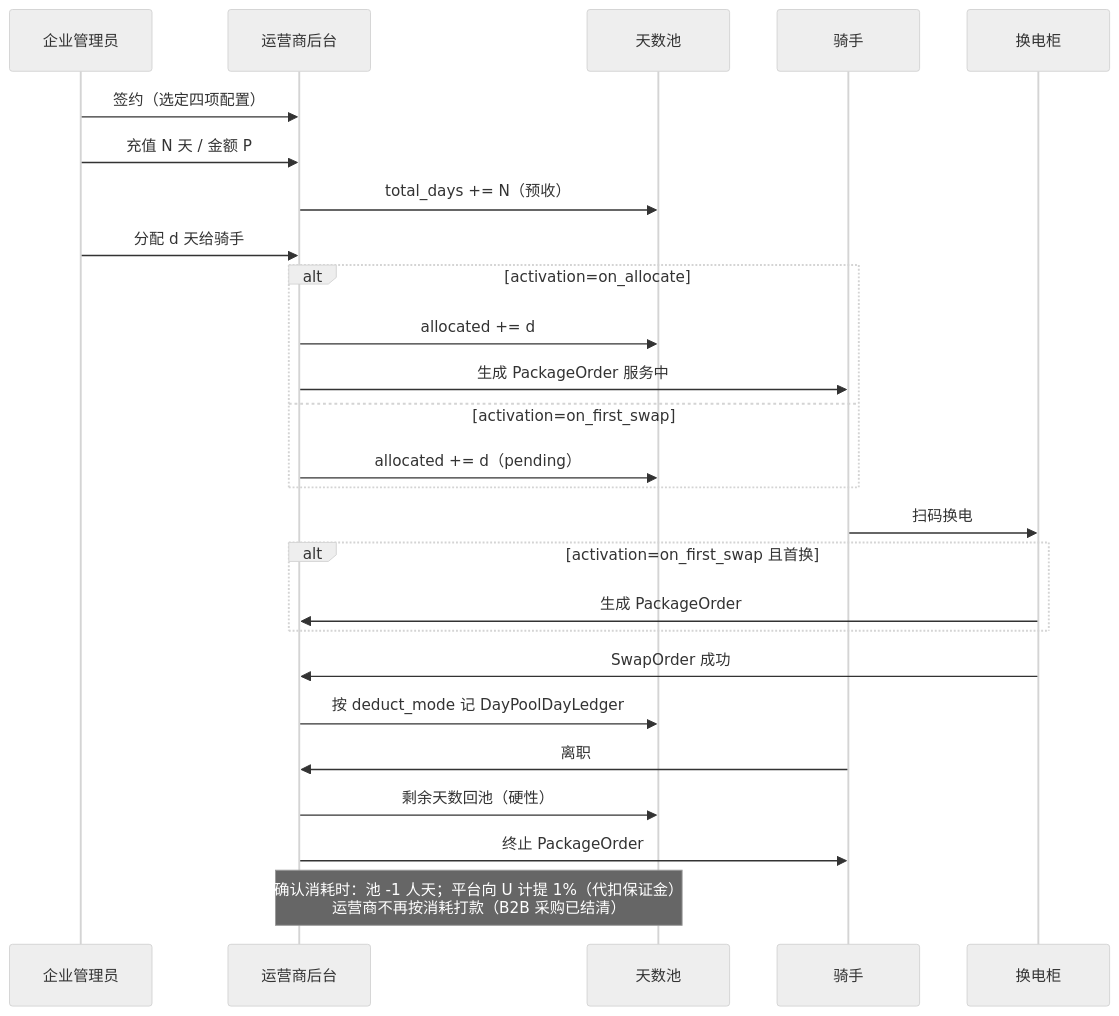
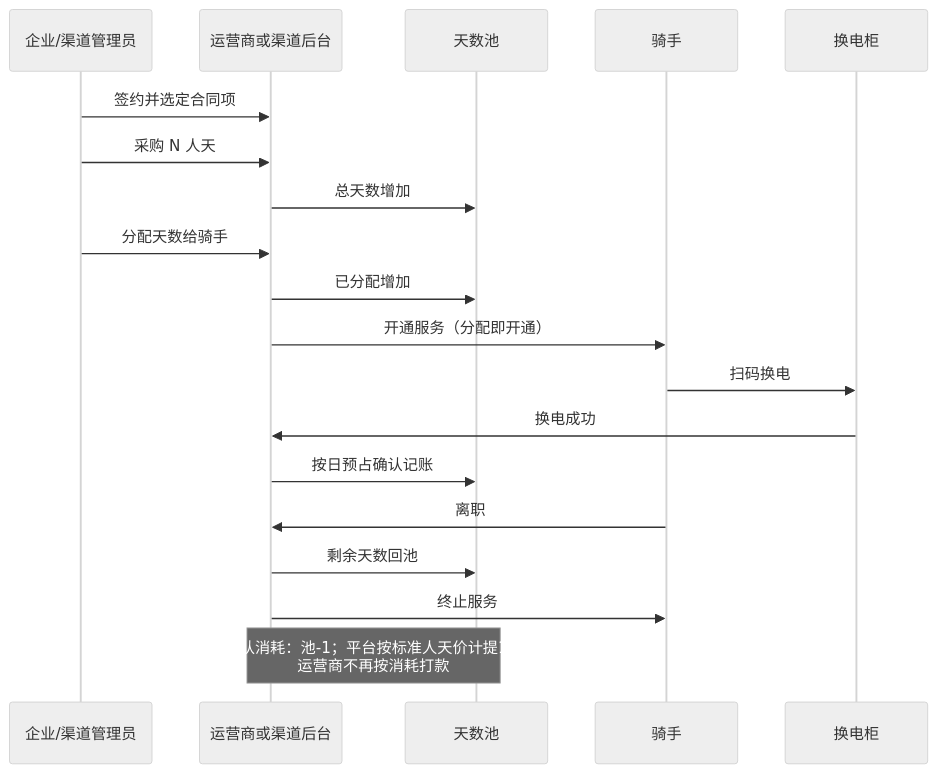
One commit to liudali/rider-swap-operator-prototype changed the diagram in prototype/docs/md/天数池.md. Above: the diagram before and after it, drawn with Mermaid (neutral theme). The commit also changed other lines of this file and 102 other files, not shown here.

````diff
--- a/prototype/docs/md/天数池.md
+++ b/prototype/docs/md/天数池.md
@@ -122,33 +145,26 @@
 ```mermaid
 sequenceDiagram
-  participant E as 企业管理员
-  participant BO as 运营商后台
+  participant E as 企业/渠道管理员
+  participant BO as 运营商或渠道后台
   participant Pool as 天数池
   participant R as 骑手
   participant IoT as 换电柜
 
-  E->>BO: 签约（选定四项配置）
-  E->>BO: 充值 N 天 / 金额 P
-  BO->>Pool: total_days += N（预收）
+  E->>BO: 签约并选定合同项
+  E->>BO: 采购 N 人天
+  BO->>Pool: 总天数增加
 
-  E->>BO: 分配 d 天给骑手
-  alt activation=on_allocate
-    BO->>Pool: allocated += d
-    BO->>R: 生成 PackageOrder 服务中
-  else activation=on_first_swap
-    BO->>Pool: allocated += d（pending）
-  end
+  E->>BO: 分配天数给骑手
+  BO->>Pool: 已分配增加
+  BO->>R: 开通服务（分配即开通）
 
   R->>IoT: 扫码换电
-  alt activation=on_first_swap 且首换
-    IoT->>BO: 生成 PackageOrder
-  end
-  IoT->>BO: SwapOrder 成功
-  BO->>Pool: 按 deduct_mode 记 DayPoolDayLedger
+  IoT->>BO: 换电成功
+  BO->>Pool: 按日预占确认记账
 
   R->>BO: 离职
-  BO->>Pool: 剩余天数回池（硬性）
-  BO->>R: 终止 PackageOrder
+  BO->>Pool: 剩余天数回池
+  BO->>R: 终止服务
 
-  Note over BO,Pool: 确认消耗时：池 -1 人天；平台向 U 计提 1%（代扣保证金）<br/>运营商不再按消耗打款（B2B 采购已结清）
+  Note over BO,Pool: 确认消耗：池-1；平台按标准人天价计提1%<br/>运营商不再按消耗打款
 ```
````
